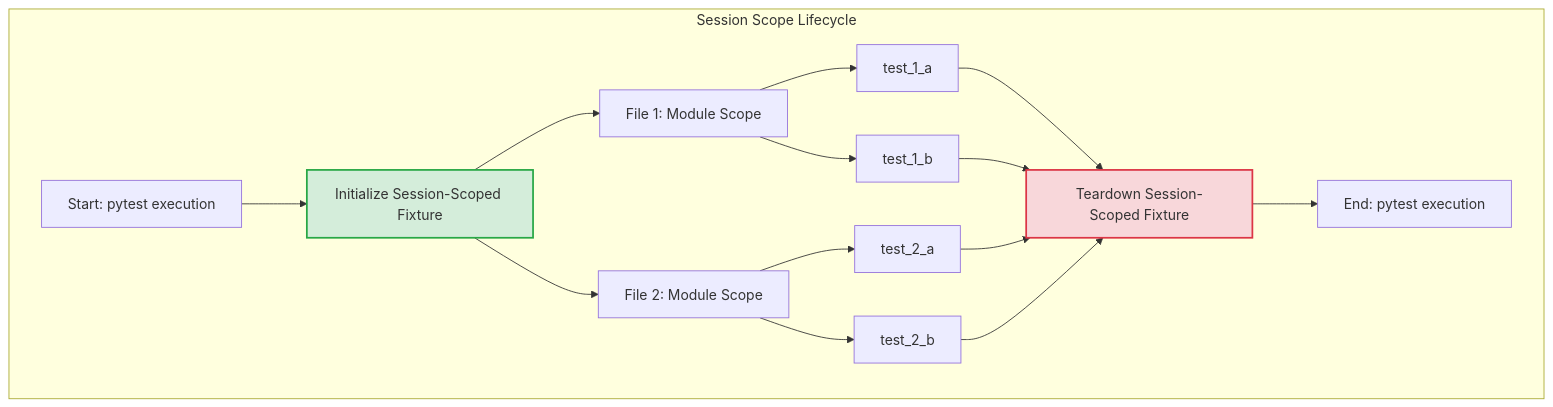
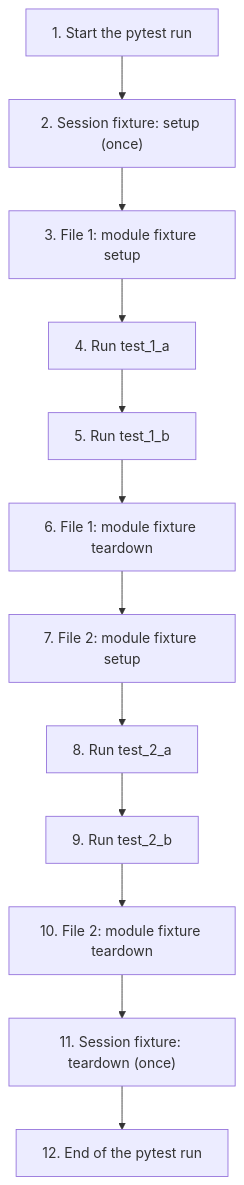
The first of 3 diagrams in docs/20-unittest/030-ch20-payment-gateway.md (ag999git/001-mkdocs), drawn with Mermaid before and after one commit. The commit also changed other lines of this file, not shown here.

````diff
--- a/docs/20-unittest/030-ch20-payment-gateway.md
+++ b/docs/20-unittest/030-ch20-payment-gateway.md
@@ -37,21 +96,14 @@
 ```mermaid
-graph TD
-    subgraph Session Scope Lifecycle
-        A[Start: pytest execution] --> B[Initialize Session-Scoped Fixture]
-        B --> C[File 1: Module Scope]
-        C --> D[test_1_a]
-        C --> E[test_1_b]
-        B --> F[File 2: Module Scope]
-        F --> G[test_2_a]
-        F --> H[test_2_b]
-        D --> I[Teardown Session-Scoped Fixture]
-        E --> I
-        G --> I
-        H --> I
-        I --> J[End: pytest execution]
-    end
-
-    style B fill:#d4edda,stroke:#28a745,stroke-width:2px
-    style I fill:#f8d7da,stroke:#dc3545,stroke-width:2px
-
+flowchart TD
+    A["1. Start the pytest run"] --> B["2. Session fixture: setup (once)"]
+    B --> C["3. File 1: module fixture setup"]
+    C --> D["4. Run test_1_a"]
+    D --> E["5. Run test_1_b"]
+    E --> F["6. File 1: module fixture teardown"]
+    F --> G["7. File 2: module fixture setup"]
+    G --> H["8. Run test_2_a"]
+    H --> I["9. Run test_2_b"]
+    I --> J["10. File 2: module fixture teardown"]
+    J --> K["11. Session fixture: teardown (once)"]
+    K --> L["12. End of the pytest run"]
 ```
````
